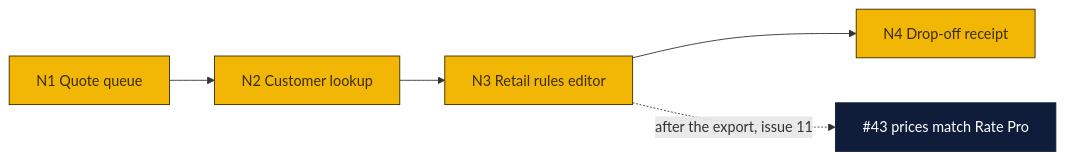
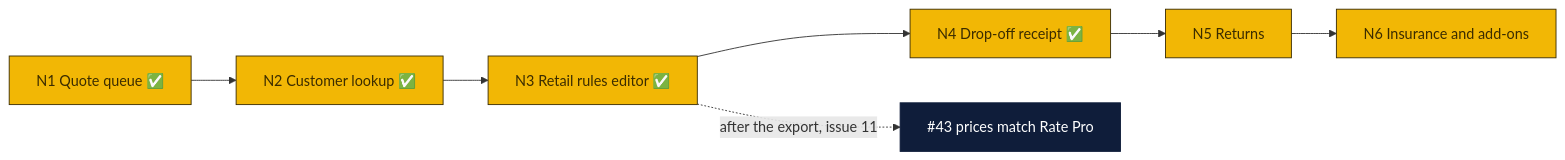
Before and after one commit to wbp318/goin-postal-forsythe: the tenth of 12 diagrams in AGENDA.md, drawn with Mermaid. The commit also changed other lines of this file and 10 other files, not shown here.

First line of the commit message:
PeterShip: drop-off receipts to the counter printer and by text (N4)

````diff
--- a/AGENDA.md
+++ b/AGENDA.md
@@ -270,9 +272,9 @@
 ```mermaid
 flowchart LR
-  N1["N1 Quote queue"] --> N2["N2 Customer lookup"] --> N3["N3 Retail rules editor"] --> N4["N4 Drop-off receipt"]
+  N1["N1 Quote queue ✅"] --> N2["N2 Customer lookup ✅"] --> N3["N3 Retail rules editor ✅"] --> N4["N4 Drop-off receipt ✅"] --> N5["N5 Returns"] --> N6["N6 Insurance and add-ons"]
   N3 -.->|"after the export, issue 11"| R["#43 prices match Rate Pro"]
   classDef store fill:#f2b705,stroke:#3b2c00,color:#3b2c00
   classDef cloud fill:#0f1d3a,stroke:#0f1d3a,color:#ffffff
-  class N1,N2,N3,N4 store
+  class N1,N2,N3,N4,N5,N6 store
   class R cloud
 ```
````
